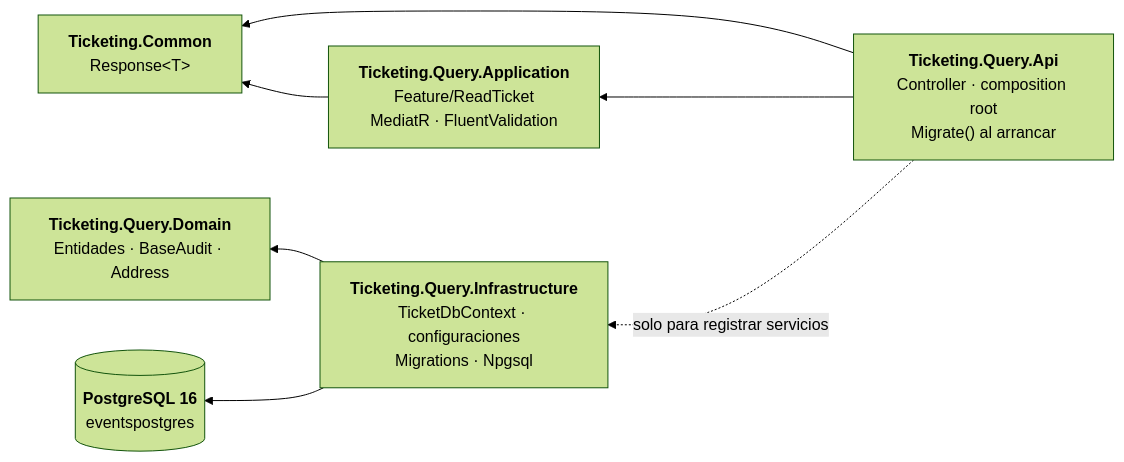
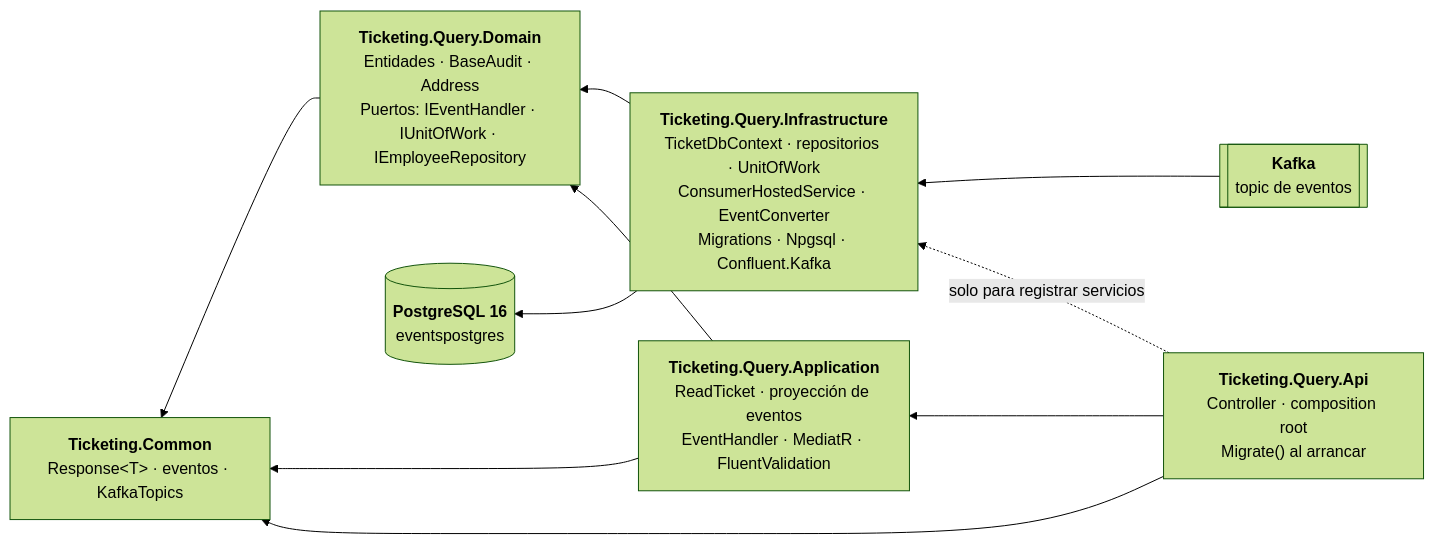
Before and after one commit to rubendevvalencia/BackendPortfolio: the first of 3 diagrams in Microservices-Events/docs/query/arquitectura.md, drawn with Mermaid (forest theme). The commit also changed other lines of this file and 15 other files, not shown here.

````diff
--- a/Microservices-Events/docs/query/arquitectura.md
+++ b/Microservices-Events/docs/query/arquitectura.md
@@ -24,16 +27,20 @@
 ```mermaid
 flowchart RL
     API["<b>Ticketing.Query.Api</b><br/>Controller · composition root<br/>Migrate() al arrancar"]
-    APP["<b>Ticketing.Query.Application</b><br/>Feature/ReadTicket<br/>MediatR · FluentValidation"]
-    DOM["<b>Ticketing.Query.Domain</b><br/>Entidades · BaseAudit · Address"]
-    INF["<b>Ticketing.Query.Infrastructure</b><br/>TicketDbContext · configuraciones<br/>Migrations · Npgsql"]
-    COM["<b>Ticketing.Common</b><br/>Response&lt;T&gt;"]
+    APP["<b>Ticketing.Query.Application</b><br/>ReadTicket · proyección de eventos<br/>EventHandler · MediatR · FluentValidation"]
+    DOM["<b>Ticketing.Query.Domain</b><br/>Entidades · BaseAudit · Address<br/>Puertos: IEventHandler · IUnitOfWork · IEmployeeRepository"]
+    INF["<b>Ticketing.Query.Infrastructure</b><br/>TicketDbContext · repositorios · UnitOfWork<br/>ConsumerHostedService · EventConverter<br/>Migrations · Npgsql · Confluent.Kafka"]
+    COM["<b>Ticketing.Common</b><br/>Response&lt;T&gt; · eventos · KafkaTopics"]
     PG[("<b>PostgreSQL 16</b><br/>eventspostgres")]
+    KAFKA[["<b>Kafka</b><br/>topic de eventos"]]
 
     API --> APP
     API -.->|solo para registrar servicios| INF
     API --> COM
+    APP --> DOM
     APP --> COM
     INF --> DOM
+    DOM --> COM
     INF --> PG
+    KAFKA --> INF
 ```
````
